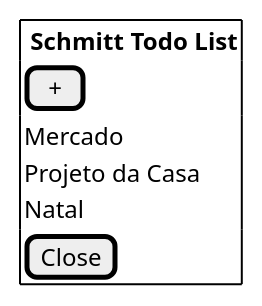
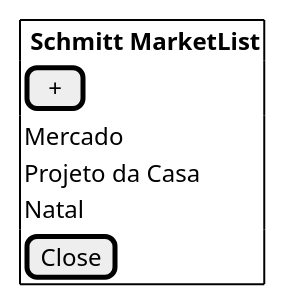
One commit to josianni/TodoListSchmitt changed the second of 4 diagrams in Diagrams/Layout.puml. Above: the diagram before and after it, drawn with PlantUML. The commit also changed 91 other files, not shown here.

Commit message:
Market List

```diff
--- a/Diagrams/Layout.puml
+++ b/Diagrams/Layout.puml
@@ -9,12 +9,12 @@
-@startsalt ListTodoList
+@startsalt MarketList
 {+
-{ <b> Schmitt Todo List}
+{ <b> Schmitt MarketList}
 [ + ]
 {
 Mercado
 Projeto da Casa
 Natal
 }
 [Close]
 }
 @endsalt
```
